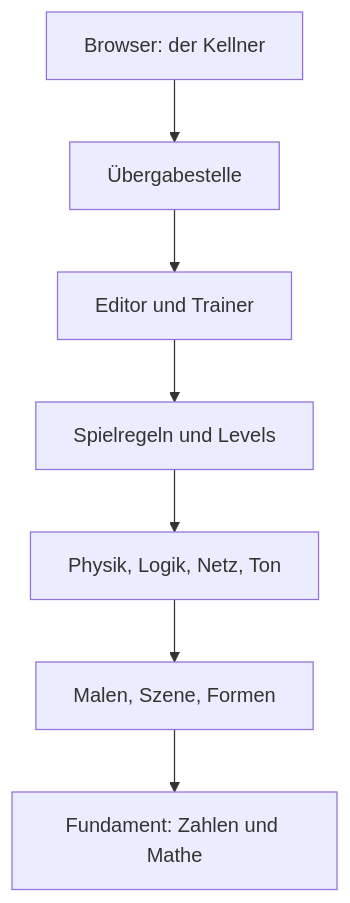
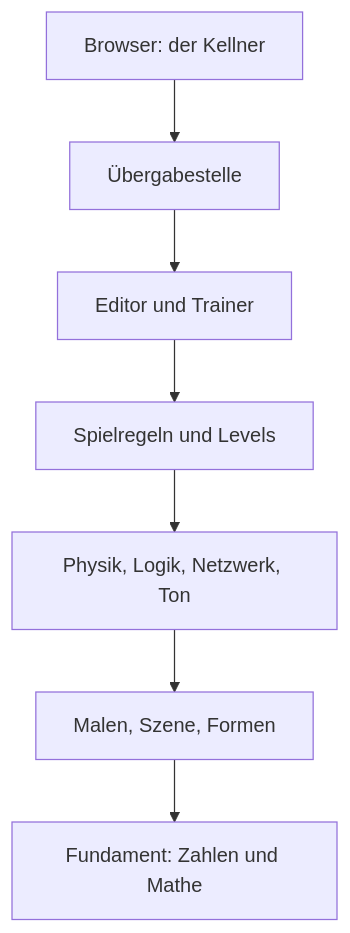
The diagram in kern/docs/buch-gruen/01-einfuehrung.md (ChristianHohlfeld/kernengine.de), drawn with Mermaid before and after one commit. The commit also changed other lines of this file and 2 other files, not shown here.

````diff
--- a/kern/docs/buch-gruen/01-einfuehrung.md
+++ b/kern/docs/buch-gruen/01-einfuehrung.md
@@ -160,9 +183,9 @@
 ```mermaid
 flowchart TB
   JS["Browser: der Kellner"] --> ABI["Übergabestelle"]
   ABI --> TOP["Editor und Trainer"]
   TOP --> GAME["Spielregeln und Levels"]
-  GAME --> MID["Physik, Logik, Netz, Ton"]
+  GAME --> MID["Physik, Logik, Netzwerk, Ton"]
   MID --> GFX["Malen, Szene, Formen"]
   GFX --> CORE["Fundament: Zahlen und Mathe"]
 ```
````
